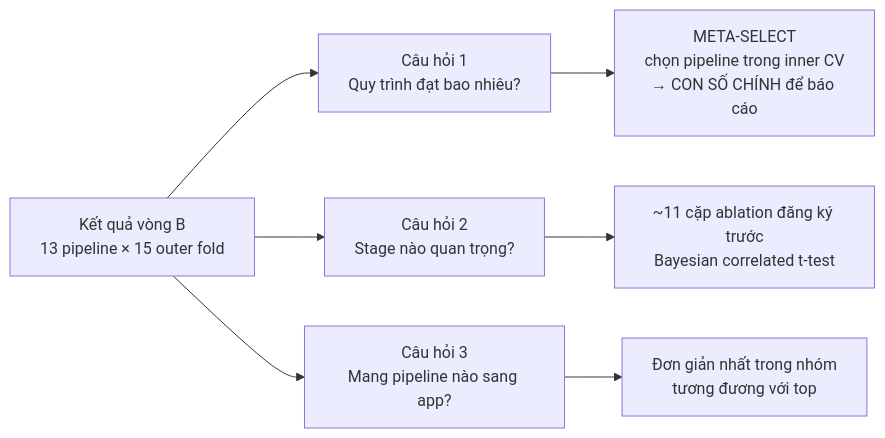
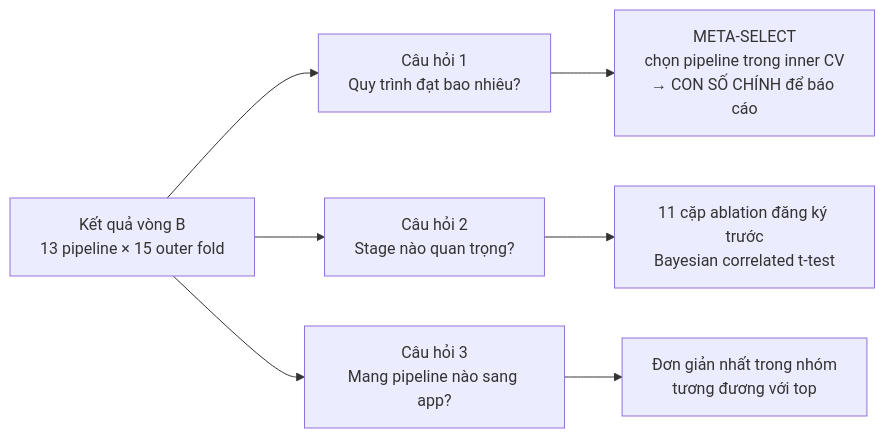
The eighth of 12 diagrams in docs/protocol_3.0_proposal.md (nhdung98/ProjectA), drawn with Mermaid before and after one commit. The commit also changed other lines of this file and 2 other files, not shown here.

````diff
--- a/docs/protocol_3.0_proposal.md
+++ b/docs/protocol_3.0_proposal.md
@@ -353,9 +346,9 @@
 ```mermaid
 flowchart LR
   R["Kết quả vòng B<br/>13 pipeline × 15 outer fold"] --> Q1["Câu hỏi 1<br/>Quy trình đạt bao nhiêu?"]
   R --> Q2["Câu hỏi 2<br/>Stage nào quan trọng?"]
   R --> Q3["Câu hỏi 3<br/>Mang pipeline nào sang app?"]
   Q1 --> A1["META-SELECT<br/>chọn pipeline trong inner CV<br/>→ CON SỐ CHÍNH để báo cáo"]
-  Q2 --> A2["~11 cặp ablation đăng ký trước<br/>Bayesian correlated t-test"]
+  Q2 --> A2["11 cặp ablation đăng ký trước<br/>Bayesian correlated t-test"]
   Q3 --> A3["Đơn giản nhất trong nhóm<br/>tương đương với top"]
 ```
````
